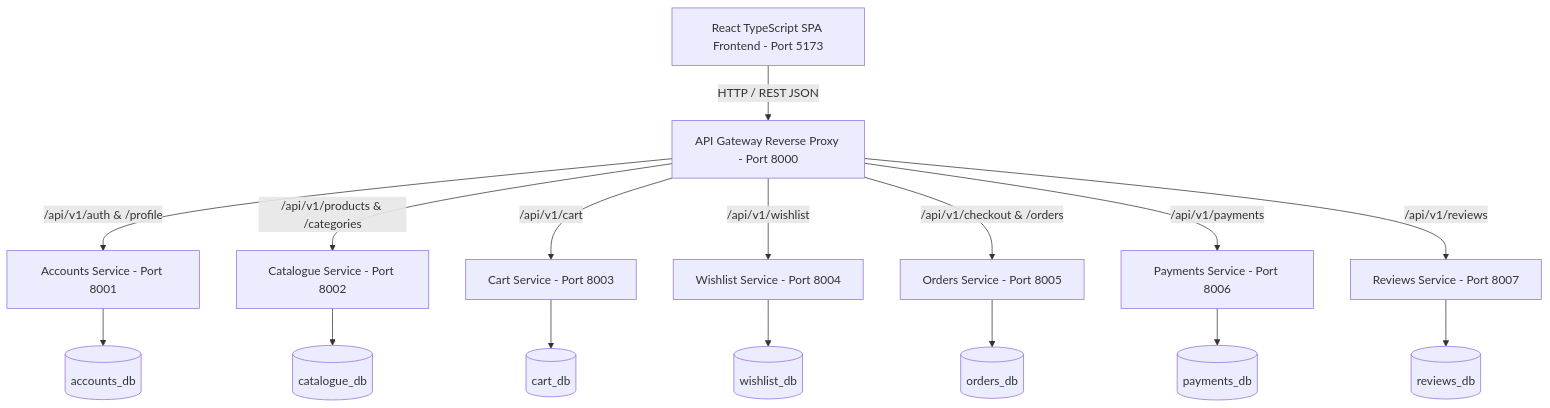
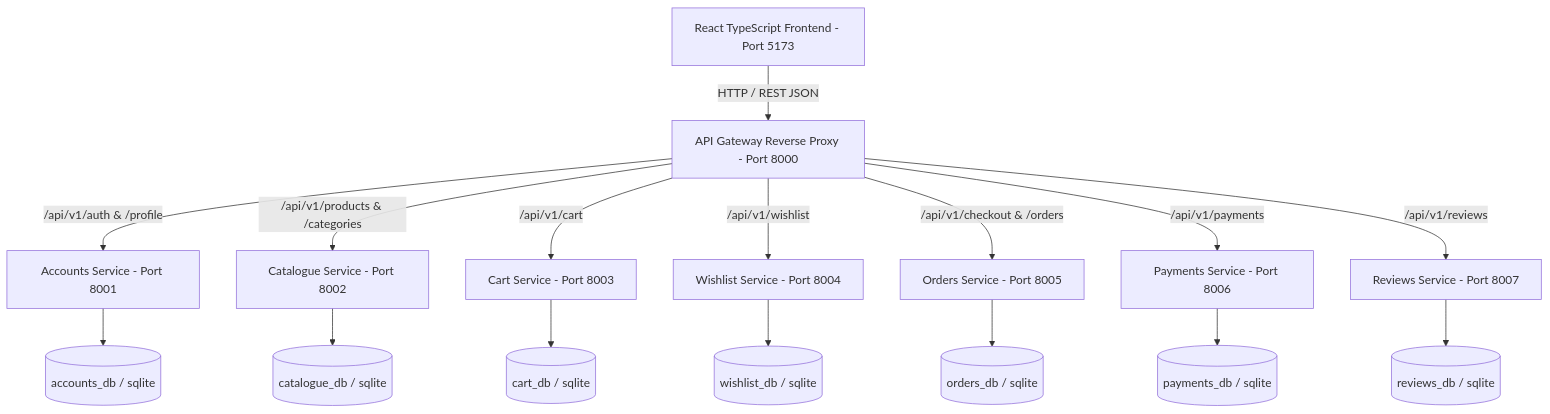
Before and after one commit to chowdharypuja1012/ecommerce-application: the diagram in README.md, drawn with Mermaid. The commit also changed other lines of this file, not shown here.

````diff
--- a/README.md
+++ b/README.md
@@ -9,20 +35,20 @@
 ```mermaid
 graph TD
-    Client[React TypeScript SPA Frontend - Port 5173] -->|HTTP / REST JSON| Gateway[API Gateway Reverse Proxy - Port 8000]
+    Client[React TypeScript Frontend - Port 5173] -->|HTTP / REST JSON| Gateway[API Gateway Reverse Proxy - Port 8000]
 
     Gateway -->|/api/v1/auth & /profile| Accounts[Accounts Service - Port 8001]
     Gateway -->|/api/v1/products & /categories| Catalogue[Catalogue Service - Port 8002]
     Gateway -->|/api/v1/cart| Cart[Cart Service - Port 8003]
     Gateway -->|/api/v1/wishlist| Wishlist[Wishlist Service - Port 8004]
     Gateway -->|/api/v1/checkout & /orders| Orders[Orders Service - Port 8005]
     Gateway -->|/api/v1/payments| Payments[Payments Service - Port 8006]
     Gateway -->|/api/v1/reviews| Reviews[Reviews Service - Port 8007]
 
-    Accounts --> AccountsDB[(accounts_db)]
-    Catalogue --> CatalogueDB[(catalogue_db)]
-    Cart --> CartDB[(cart_db)]
-    Wishlist --> WishlistDB[(wishlist_db)]
-    Orders --> OrdersDB[(orders_db)]
-    Payments --> PaymentsDB[(payments_db)]
-    Reviews --> ReviewsDB[(reviews_db)]
+    Accounts --> AccountsDB[(accounts_db / sqlite)]
+    Catalogue --> CatalogueDB[(catalogue_db / sqlite)]
+    Cart --> CartDB[(cart_db / sqlite)]
+    Wishlist --> WishlistDB[(wishlist_db / sqlite)]
+    Orders --> OrdersDB[(orders_db / sqlite)]
+    Payments --> PaymentsDB[(payments_db / sqlite)]
+    Reviews --> ReviewsDB[(reviews_db / sqlite)]
 ```
````
